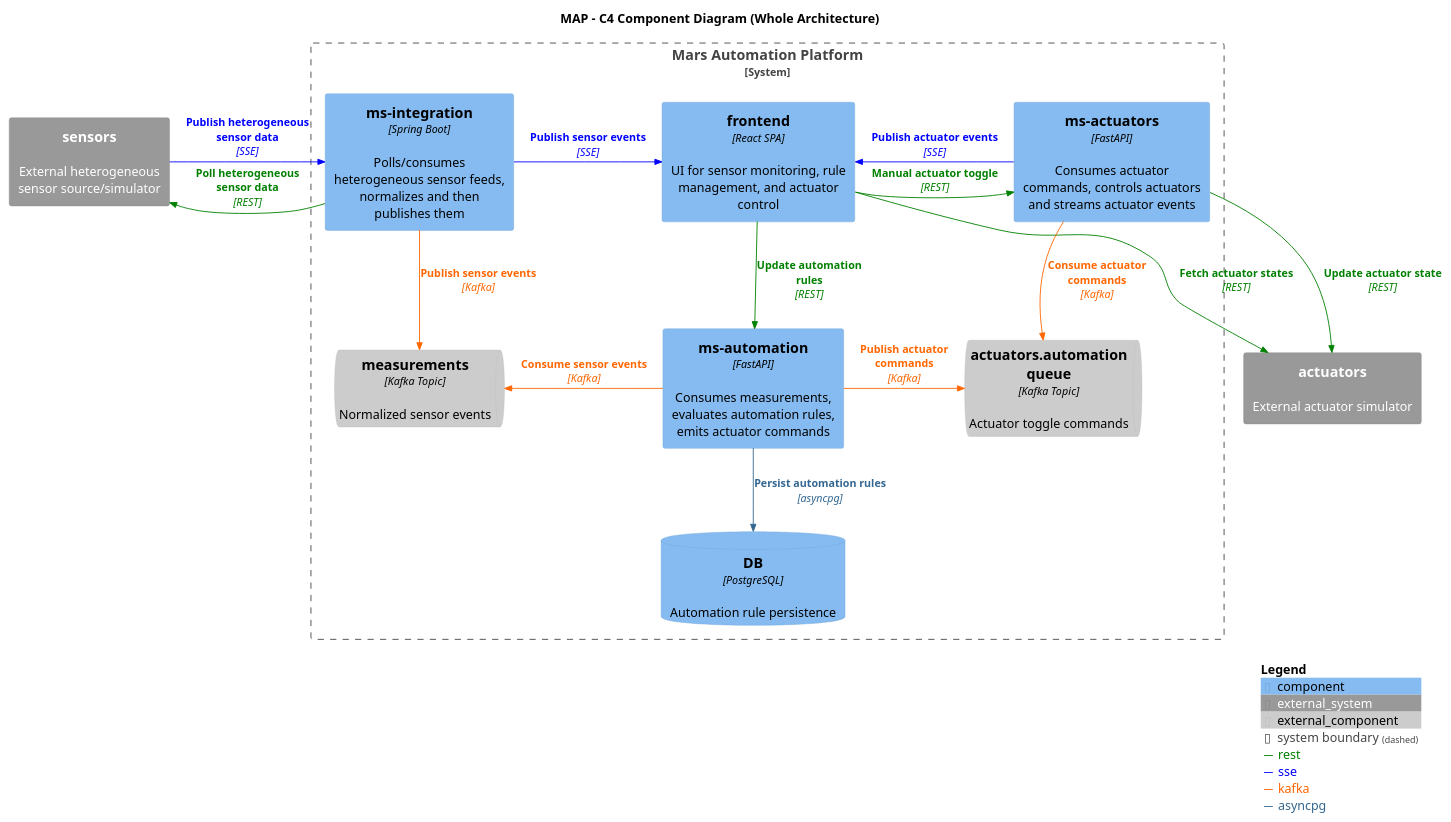
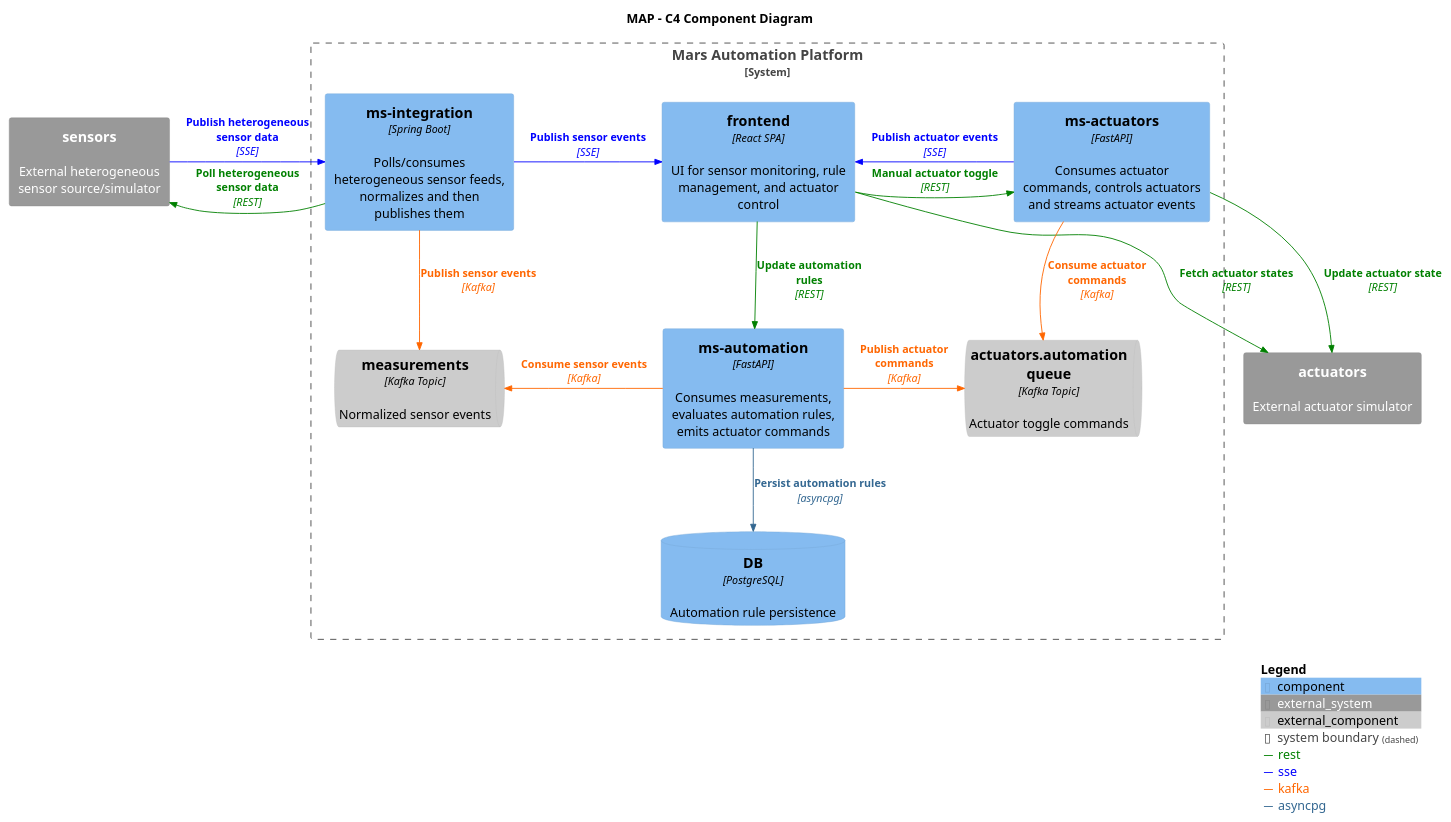
The diagram in booklets/c4_component.puml (robev2252060/2247107_MAP), drawn with PlantUML before and after one commit.

Commit message:
C4 Component Diagram

```diff
--- a/booklets/c4_component.puml
+++ b/booklets/c4_component.puml
@@ -1,60 +1,60 @@
 @startuml
 !includeurl https://raw.githubusercontent.com/plantuml-stdlib/C4-PlantUML/master/C4_Component.puml
 
-title MAP - C4 Component Diagram (Whole Architecture)
+title MAP - C4 Component Diagram
 
 ' --- CUSTOM PROTOCOL TAGS ---
 AddRelTag("rest", $textColor="#008000", $lineColor="#008000")
 AddRelTag("sse", $textColor="#0000FF", $lineColor="#0000FF")
 AddRelTag("kafka", $textColor="#FF6600", $lineColor="#FF6600")
 AddRelTag("asyncpg", $textColor="#336791", $lineColor="#336791")
 
 System_Boundary(map, "Mars Automation Platform") {
 
   Component(fe, "frontend", "React SPA", "UI for sensor monitoring, rule management, and actuator control")
   Component(int, "ms-integration", "Spring Boot", "Polls/consumes heterogeneous sensor feeds, normalizes and then publishes them")
   Component(auto, "ms-automation", "FastAPI", "Consumes measurements, evaluates automation rules, emits actuator commands")
   Component(msact, "ms-actuators", "FastAPI", "Consumes actuator commands, controls actuators and streams actuator events")
   ComponentDb(db, "DB", "PostgreSQL", "Automation rule persistence")
 
   ComponentQueue_Ext(kafkaMeasurements, "measurements", "Kafka Topic", "Normalized sensor events")
   ComponentQueue_Ext(kafkaActuators, "actuators.automation queue", "Kafka Topic", "Actuator toggle commands")
 
 }
 
 System_Ext(src, "sensors", "External heterogeneous sensor source/simulator")
 System_Ext(act, "actuators", "External actuator simulator")
 
 ' --- TOP ROW (Horizontal flow: Sensors <-> Integration <-> Frontend <-> Actuator Service <-> External Actuators) ---
 Rel_R(src, int, "Publish heterogeneous sensor data", "SSE", $tags="sse")
 Rel_L(int, src, "Poll heterogeneous sensor data", "REST", $tags="rest")
 
 Rel_R(int, fe, "Publish sensor events", "SSE", $tags="sse")
 
 Rel_R(fe, msact, "Manual actuator toggle", "REST", $tags="rest")
 Rel_L(msact, fe, "Publish actuator events", "SSE", $tags="sse")
 ' Let the engine auto-route this one so it curves nicely over msact
 Rel(fe, act, "Fetch actuator states", "REST", $tags="rest")
 
 Rel_R(msact, act, "Update actuator state", "REST", $tags="rest")
 
 
 ' --- BOTTOM LOOP (Kafka and Automation flowing underneath) ---
 ' Pushes data down from the top row
 Rel_D(int, kafkaMeasurements, "Publish sensor events", "Kafka", $tags="kafka")
 Rel_D(fe, auto, "Update automation rules", "REST", $tags="rest")
 
 ' Bottom horizontal flow
 Rel_L(auto, kafkaMeasurements, "Consume sensor events", "Kafka", $tags="kafka")
 Rel_R(auto, kafkaActuators, "Publish actuator commands", "Kafka", $tags="kafka")
 
 ' Pushes data back up to the top row
 Rel_D(msact, kafkaActuators, "Consume actuator commands", "Kafka", $tags="kafka")
 
 
 ' --- DATABASE (Bottom tier) ---
 ' Updated protocol label and tag
 Rel_D(auto, db, "Persist automation rules", "asyncpg", $tags="asyncpg")
 
 SHOW_LEGEND()
 @enduml
```
